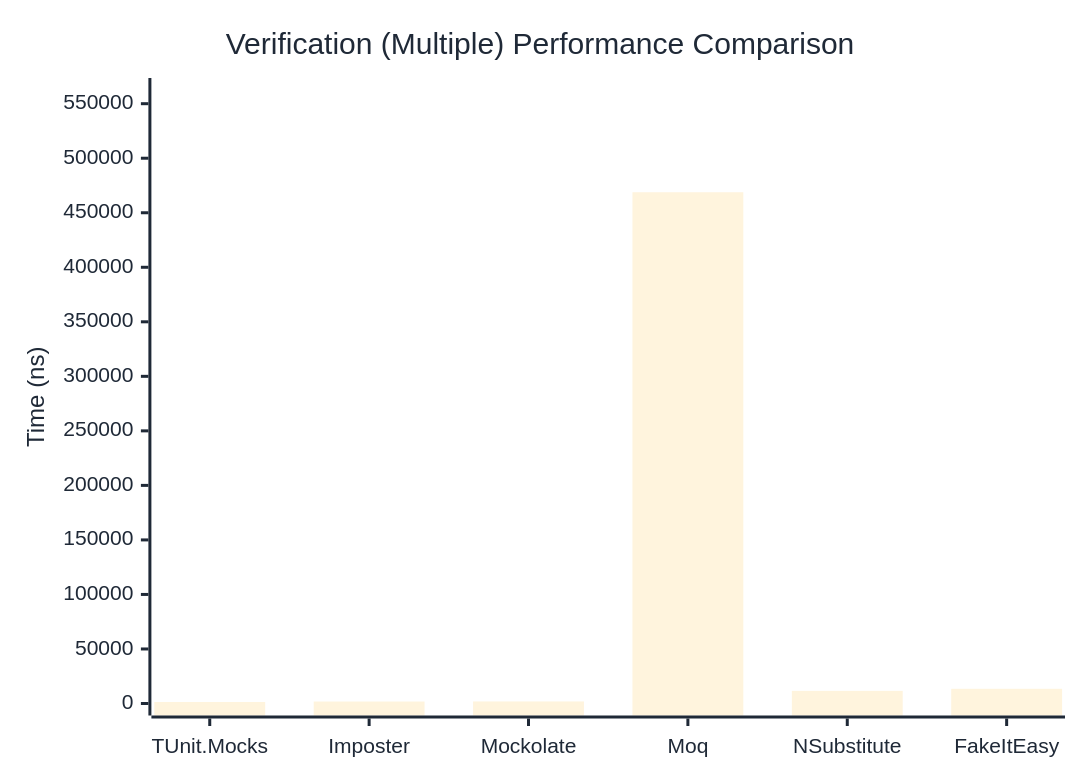
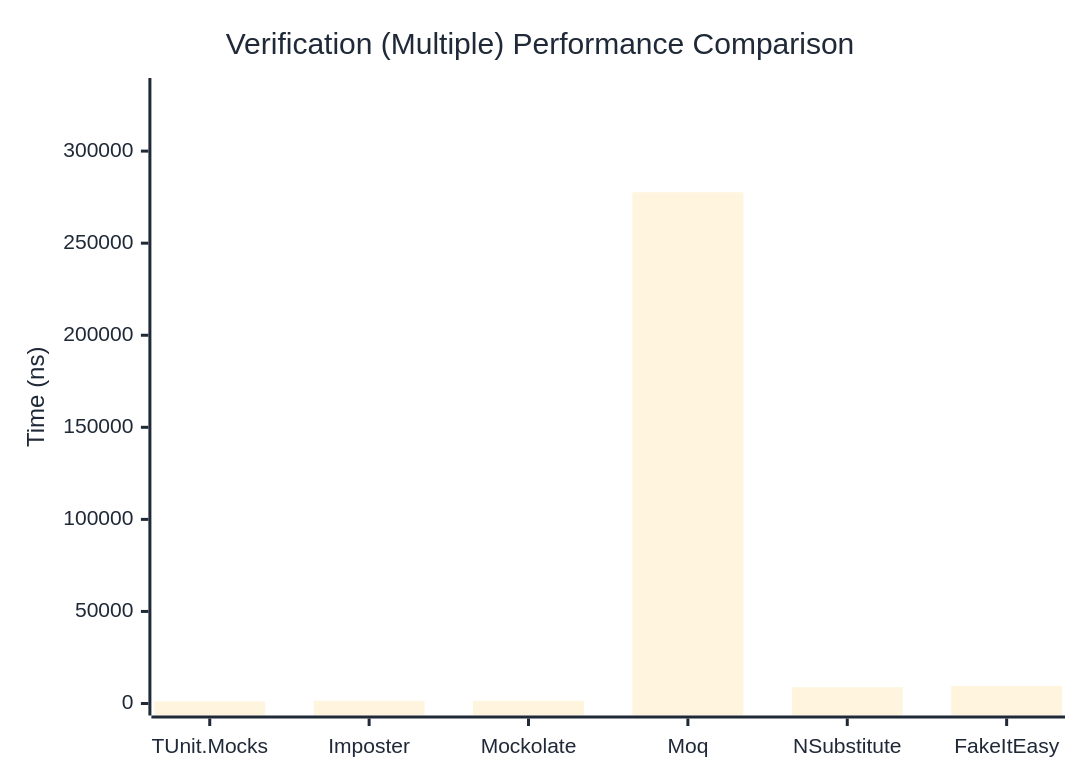
Before and after one commit to thomhurst/TUnit: the third of 3 diagrams in docs/docs/benchmarks/mocks/Verification.md, drawn with Mermaid. The commit also changed other lines of this file and 13 other files, not shown here.

````diff
--- a/docs/docs/benchmarks/mocks/Verification.md
+++ b/docs/docs/benchmarks/mocks/Verification.md
@@ -110,27 +110,27 @@
 ```mermaid
 %%{init: {
   'theme':'base',
   'themeVariables': {
     'primaryColor': '#2563eb',
     'primaryTextColor': '#1f2937',
     'primaryBorderColor': '#1e40af',
     'lineColor': '#6b7280',
     'secondaryColor': '#7c3aed',
     'tertiaryColor': '#dc2626',
     'background': '#ffffff',
     'pie1': '#2563eb',
     'pie2': '#7c3aed',
     'pie3': '#dc2626',
     'pie4': '#f59e0b',
     'pie5': '#10b981',
     'pie6': '#06b6d4',
     'pie7': '#ec4899',
     'pie8': '#6366f1'
   }
 }}%%
 xychart-beta
   title "Verification (Multiple) Performance Comparison"
   x-axis ["TUnit.Mocks", "Imposter", "Mockolate", "Moq", "NSubstitute", "FakeItEasy"]
-  y-axis "Time (ns)" 0 --> 562560
-  bar [1380.27, 1817.52, 1876.89, 468799.88, 11571.76, 13488.64]
+  y-axis "Time (ns)" 0 --> 333190
+  bar [1183.67, 1493.25, 1517.53, 277658.31, 8814.54, 9477.57]
 ```
````
